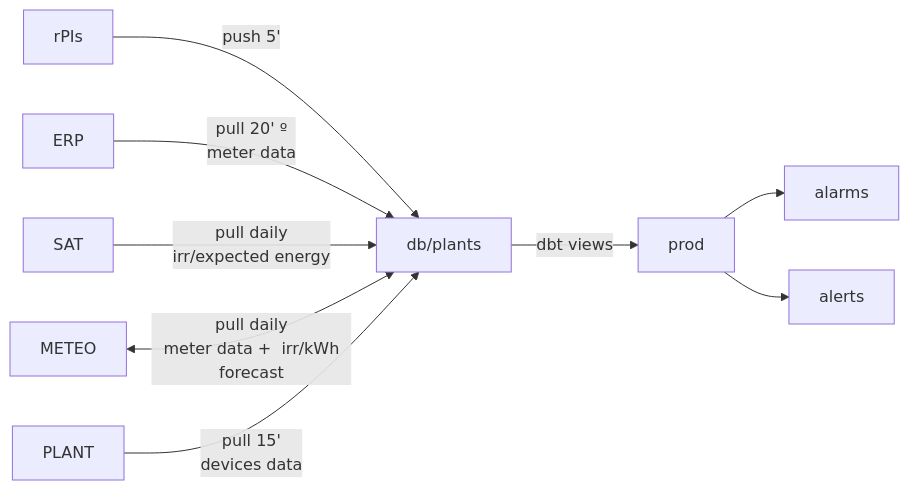
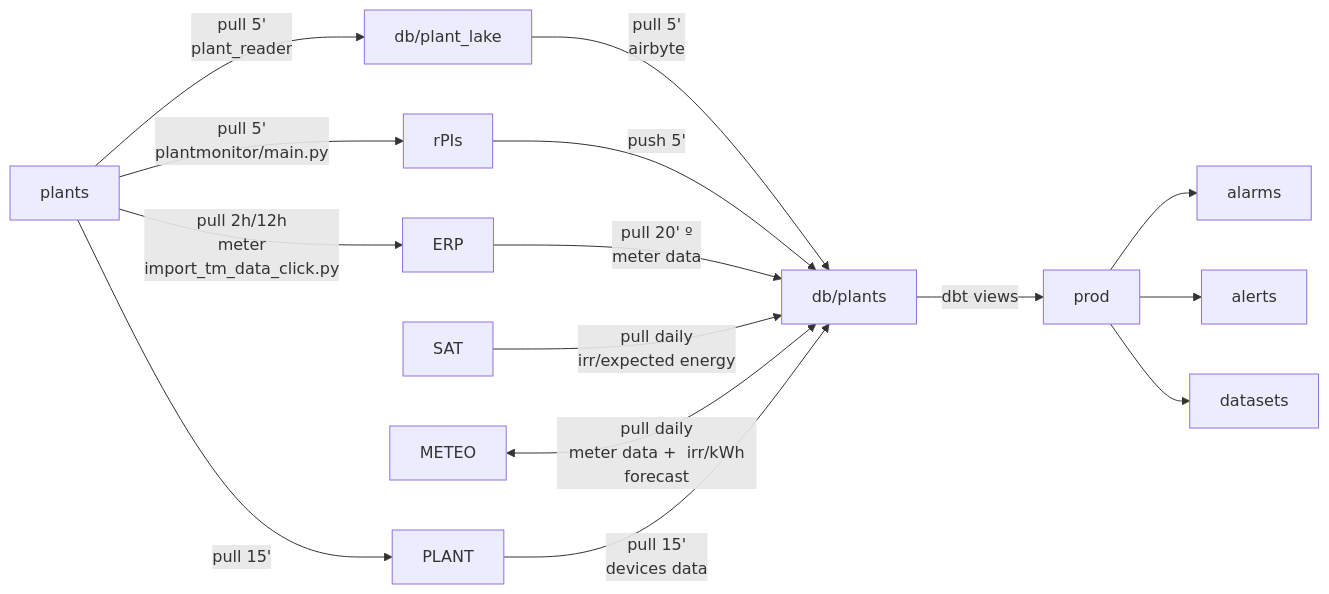
The first of 2 diagrams in docs/desenvolupadors/2023-06-10-overview-devs.md (Som-Energia/somenergia-jardiner), drawn with Mermaid before and after one commit. The commit also changed other lines of this file and 1 other file, not shown here.

Commit message:
update graphs

````diff
--- a/docs/desenvolupadors/2023-06-10-overview-devs.md
+++ b/docs/desenvolupadors/2023-06-10-overview-devs.md
@@ -43,12 +44,18 @@
 ```mermaid
 flowchart LR
 
-rPIs -- push 5'  --> dw[db/plants]
-ERP -- pull 20' º\n meter data --> dw
+dw[db/plants]
+
+plants -- pull 5' \n plant_reader --> lake[db/plant_lake]
+lake -- pull 5' \n airbyte --> dw
+
+plants -- pull 5' \n plantmonitor/main.py --> rPIs -- push 5'  --> dw
+plants -- pull 2h/12h \n meter \n import_tm_data_click.py --> ERP -- pull 20' º\n meter data --> dw
 SAT -- pull daily\n irr/expected energy --> dw
 METEO <-- pull daily\n meter data +  irr/kWh forecast --> dw
-PLANT -- pull 15'\n devices data --> dw
+plants -- pull 15' --> PLANT -- pull 15'\n devices data --> dw
 
 dw -- dbt views --> prod --> alarms
 prod --> alerts
+prod --> datasets
 ```
````
